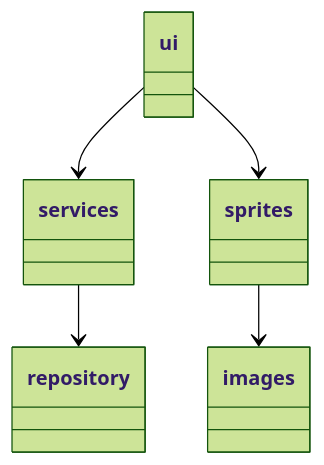
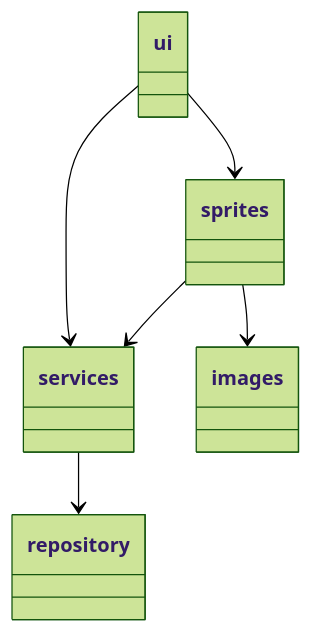
Before and after one commit to emlyy/ot-harjoitustyo: the first of 2 diagrams in dokumentaatio/arkkitehtuuri.md, drawn with Mermaid (forest theme).

````diff
--- a/dokumentaatio/arkkitehtuuri.md
+++ b/dokumentaatio/arkkitehtuuri.md
@@ -6,7 +6,8 @@
 ```mermaid
  classDiagram
       ui --> services
       ui --> sprites
       services --> repository
       sprites --> images
+      sprites --> services
 ```
````
